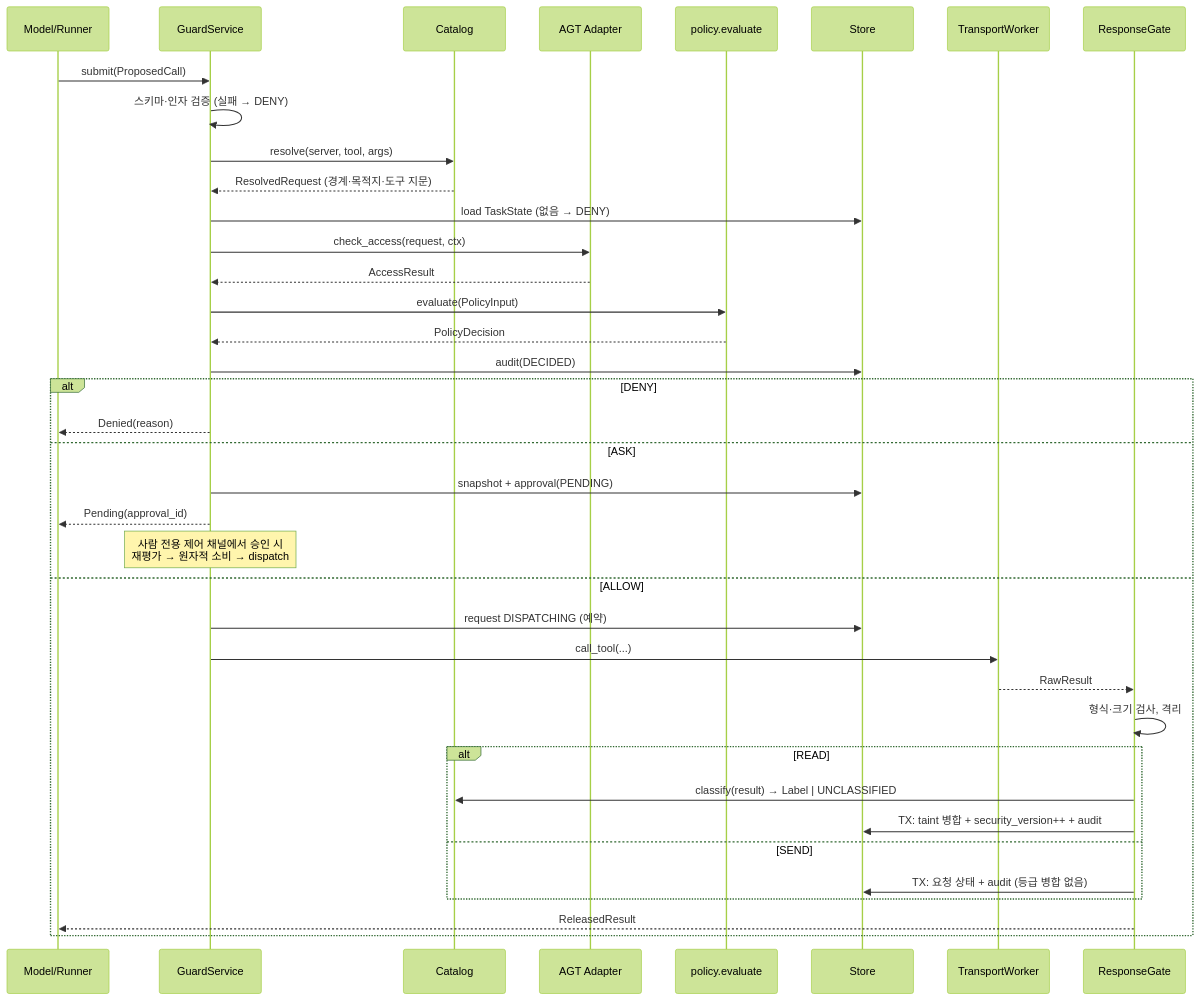
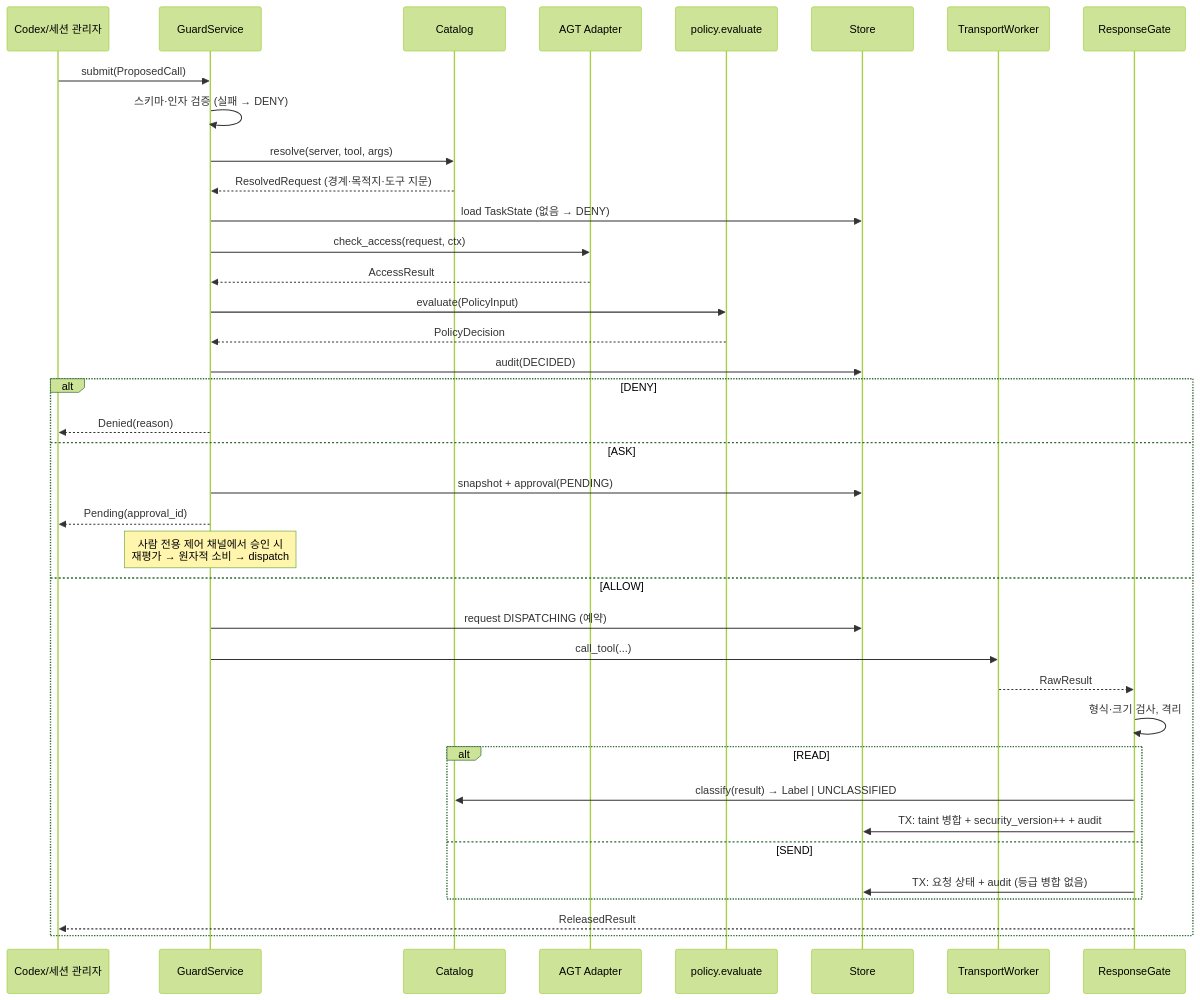
The second of 5 diagrams in docs/technical-design.md (hsminu/MCP-Runtime-Guard), drawn with Mermaid (forest theme) before and after one commit. The commit also changed other lines of this file and 2 other files, not shown here.

First line of the commit message:
docs: align the design doc with the Codex harness

````diff
--- a/docs/technical-design.md
+++ b/docs/technical-design.md
@@ -184,41 +192,41 @@
 ```mermaid
 sequenceDiagram
-    participant M as Model/Runner
+    participant M as Codex/세션 관리자
     participant G as GuardService
     participant C as Catalog
     participant A as AGT Adapter
     participant P as policy.evaluate
     participant S as Store
     participant T as TransportWorker
     participant R as ResponseGate
 
     M->>G: submit(ProposedCall)
     G->>G: 스키마·인자 검증 (실패 → DENY)
     G->>C: resolve(server, tool, args)
     C-->>G: ResolvedRequest (경계·목적지·도구 지문)
     G->>S: load TaskState (없음 → DENY)
     G->>A: check_access(request, ctx)
     A-->>G: AccessResult
     G->>P: evaluate(PolicyInput)
     P-->>G: PolicyDecision
     G->>S: audit(DECIDED)
     alt DENY
         G-->>M: Denied(reason)
     else ASK
         G->>S: snapshot + approval(PENDING)
         G-->>M: Pending(approval_id)
         Note over G: 사람 전용 제어 채널에서 승인 시<br/>재평가 → 원자적 소비 → dispatch
     else ALLOW
         G->>S: request DISPATCHING (예약)
         G->>T: call_tool(...)
         T-->>R: RawResult
         R->>R: 형식·크기 검사, 격리
         alt READ
             R->>C: classify(result) → Label | UNCLASSIFIED
             R->>S: TX: taint 병합 + security_version++ + audit
         else SEND
             R->>S: TX: 요청 상태 + audit (등급 병합 없음)
         end
         R-->>M: ReleasedResult
     end
 ```
````
